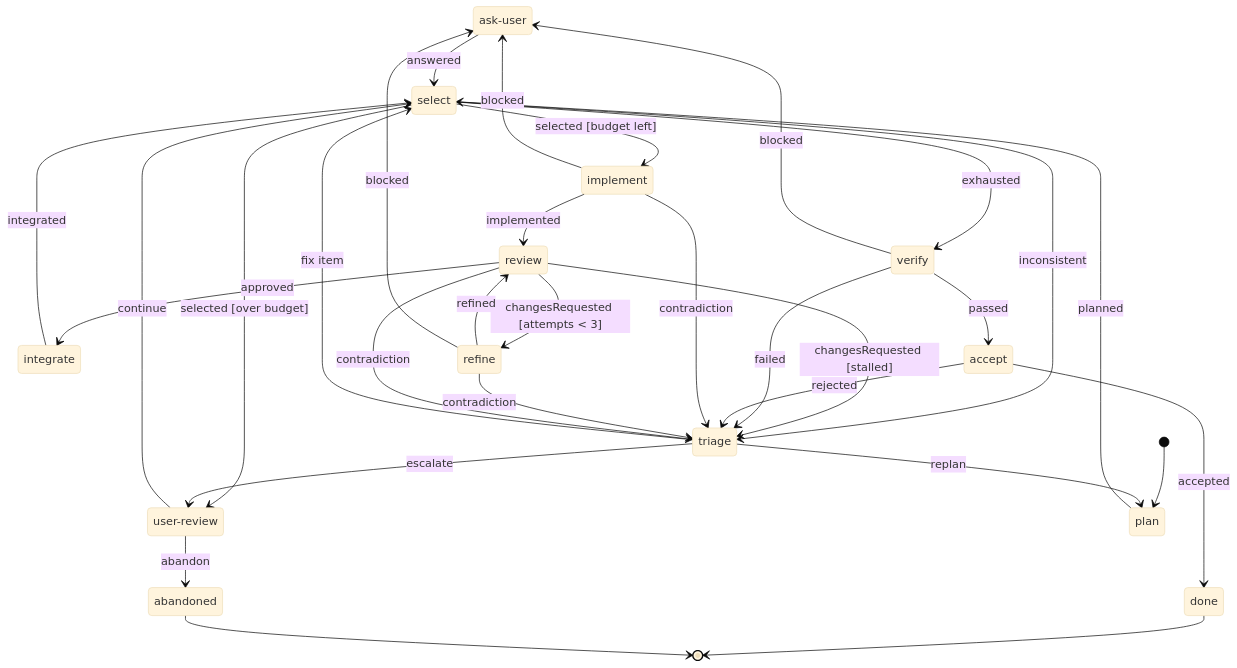
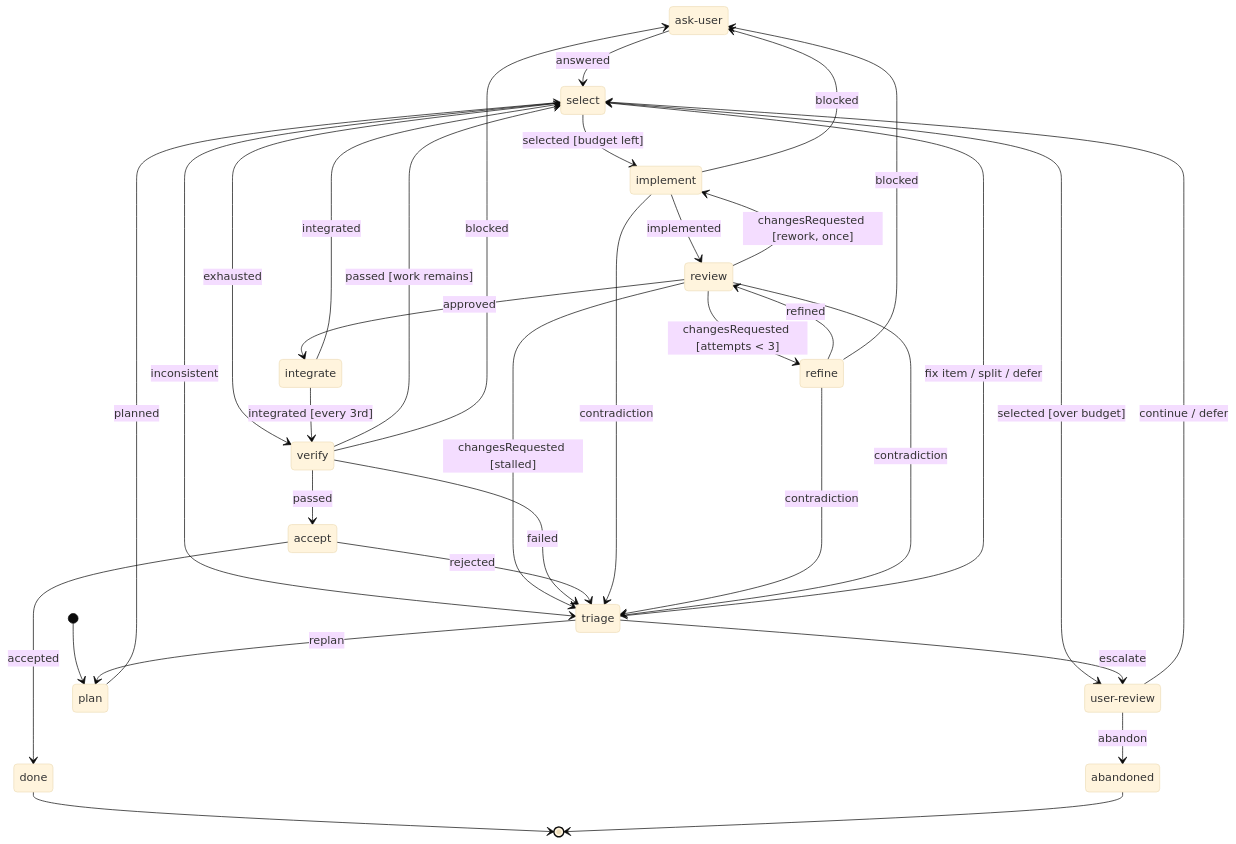
The diagram in examples/software-factory/README.md (Ernxst/veyor), drawn with Mermaid (base theme) before and after one commit. The commit also changed other lines of this file and 6 other files, not shown here.

````diff
--- a/examples/software-factory/README.md
+++ b/examples/software-factory/README.md
@@ -12,42 +12,45 @@
 ```mermaid
 stateDiagram-v2
   state "ask-user" as askUser
   state "user-review" as userReview
 
   [*] --> plan
   plan --> select : planned
   select --> implement : selected [budget left]
   select --> userReview : selected [over budget]
   select --> verify : exhausted
   select --> triage : inconsistent
 
   implement --> review : implemented
   review --> integrate : approved
   review --> refine : changesRequested [attempts < 3]
+  review --> implement : changesRequested [rework, once]
   review --> triage : changesRequested [stalled]
   refine --> review : refined
   integrate --> select : integrated
+  integrate --> verify : integrated [every 3rd]
 
+  verify --> select : passed [work remains]
   verify --> accept : passed
   verify --> triage : failed
   accept --> done : accepted
   accept --> triage : rejected
 
-  triage --> select : fix item
+  triage --> select : fix item / split / defer
   triage --> plan : replan
   triage --> userReview : escalate
 
   askUser --> select : answered
-  userReview --> select : continue
+  userReview --> select : continue / defer
   userReview --> abandoned : abandon
 
   implement --> askUser : blocked
   refine --> askUser : blocked
   verify --> askUser : blocked
   implement --> triage : contradiction
   refine --> triage : contradiction
   review --> triage : contradiction
 
   done --> [*]
   abandoned --> [*]
 ```
````
